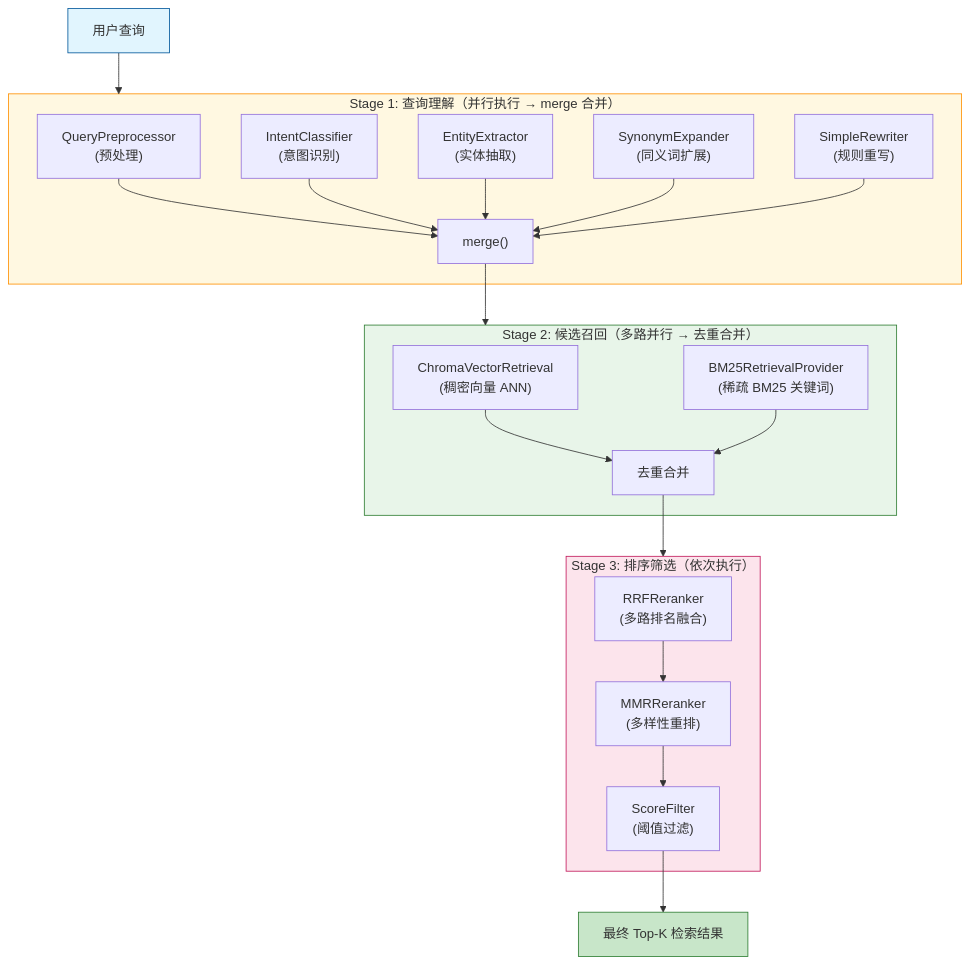
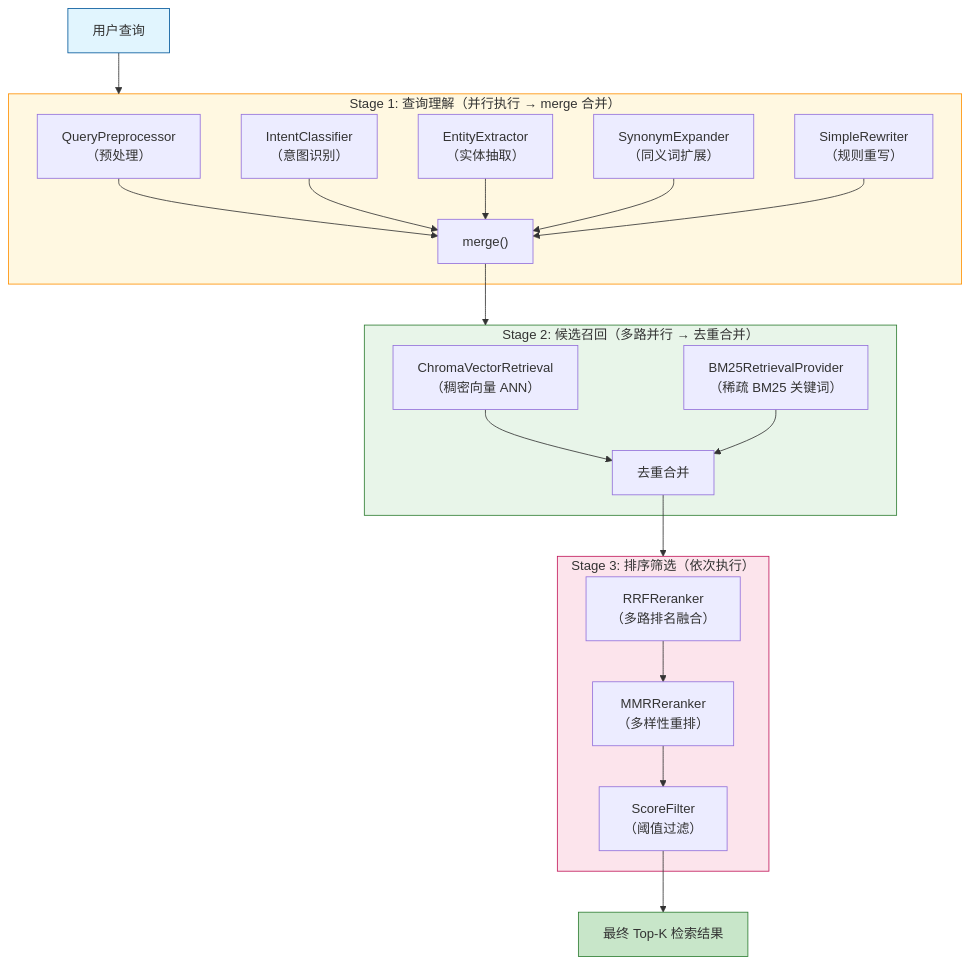
One commit to chain-engine/x-GuanHai changed the second of 3 diagrams in README.md. Above: the diagram before and after it, drawn with Mermaid. The commit also changed other lines of this file and 121 other files, not shown here.

````diff
--- a/README.md
+++ b/README.md
@@ -401,47 +422,47 @@
 ```mermaid
 flowchart TD
     Q["用户查询"]
 
     subgraph Stage1["Stage 1: 查询理解（并行执行 → merge 合并）"]
-        P1["QueryPreprocessor<br/>(预处理)"]
-        I1["IntentClassifier<br/>(意图识别)"]
-        E1["EntityExtractor<br/>(实体抽取)"]
-        S1["SynonymExpander<br/>(同义词扩展)"]
-        R1["SimpleRewriter<br/>(规则重写)"]
+        P1["QueryPreprocessor<br/>（预处理）"]
+        I1["IntentClassifier<br/>（意图识别）"]
+        E1["EntityExtractor<br/>（实体抽取）"]
+        S1["SynonymExpander<br/>（同义词扩展）"]
+        R1["SimpleRewriter<br/>（规则重写）"]
         M1["merge()"]
         P1 --> M1
         I1 --> M1
         E1 --> M1
         S1 --> M1
         R1 --> M1
     end
 
     Q --> Stage1
 
     subgraph Stage2["Stage 2: 候选召回（多路并行 → 去重合并）"]
-        V1["ChromaVectorRetrieval<br/>(稠密向量 ANN)"]
-        B1["BM25RetrievalProvider<br/>(稀疏 BM25 关键词)"]
+        V1["ChromaVectorRetrieval<br/>（稠密向量 ANN）"]
+        B1["BM25RetrievalProvider<br/>（稀疏 BM25 关键词）"]
         D1["去重合并"]
         V1 --> D1
         B1 --> D1
     end
 
     M1 --> Stage2
 
     subgraph Stage3["Stage 3: 排序筛选（依次执行）"]
-        RRF["RRFReranker<br/>(多路排名融合)"]
-        MMR["MMRReranker<br/>(多样性重排)"]
-        SF["ScoreFilter<br/>(阈值过滤)"]
+        RRF["RRFReranker<br/>（多路排名融合）"]
+        MMR["MMRReranker<br/>（多样性重排）"]
+        SF["ScoreFilter<br/>（阈值过滤）"]
         RRF --> MMR --> SF
     end
 
     D1 --> Stage3
 
     SF --> R["最终 Top-K 检索结果"]
 
     style Q fill:#e1f5fe,stroke:#01579b
     style Stage1 fill:#fff8e1,stroke:#ff8f00
     style Stage2 fill:#e8f5e9,stroke:#2e7d32
     style Stage3 fill:#fce4ec,stroke:#c2185b
     style R fill:#c8e6c9,stroke:#2e7d32
 ```
````
